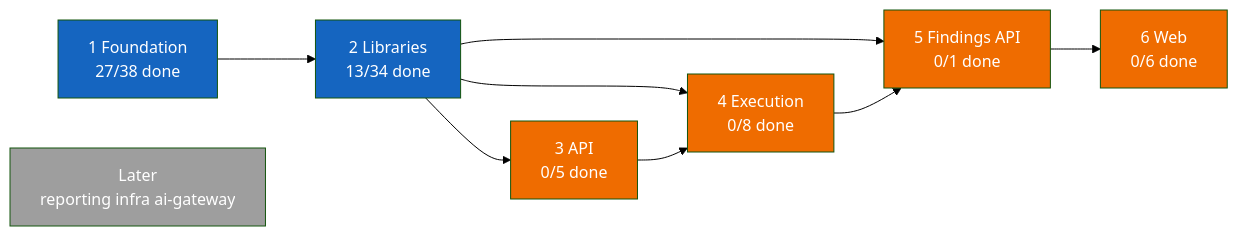
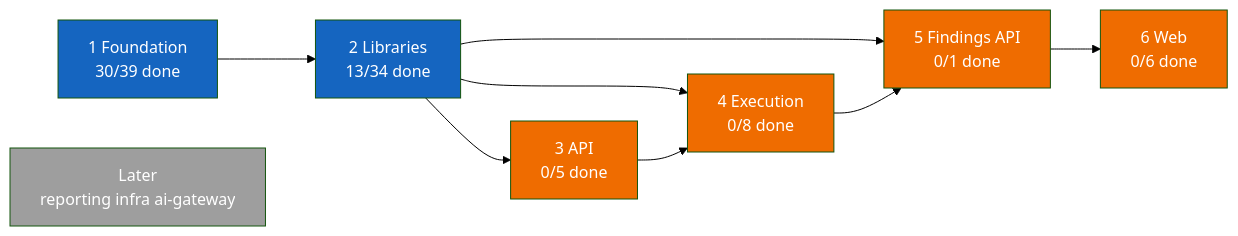
The first of 2 diagrams in PROGRESS.md (vulcanflow/docs), drawn with Mermaid (forest theme) before and after one commit. The commit also changed other lines of this file and 1 other file, not shown here.

````diff
--- a/PROGRESS.md
+++ b/PROGRESS.md
@@ -24,31 +24,31 @@
 ```mermaid
 flowchart LR
-  P1["1 Foundation<br/>27/38 done"]
+  P1["1 Foundation<br/>30/39 done"]
   P2["2 Libraries<br/>13/34 done"]
   P3["3 API<br/>0/5 done"]
   P4["4 Execution<br/>0/8 done"]
   P5["5 Findings API<br/>0/1 done"]
   P6["6 Web<br/>0/6 done"]
   L["Later<br/>reporting infra ai-gateway"]
 
   P1 --> P2
   P2 --> P3
   P2 --> P4
   P3 --> P4
   P2 --> P5
   P4 --> P5
   P5 --> P6
 
   classDef done fill:#2e7d32,color:#fff
   classDef active fill:#1565c0,color:#fff
   classDef held fill:#9e9e9e,color:#fff
   classDef blocked fill:#ef6c00,color:#fff
 
   class P1 active
   class P2 active
   class P3 blocked
   class P4 blocked
   class P5 blocked
   class P6 blocked
   class L held
 ```
````
